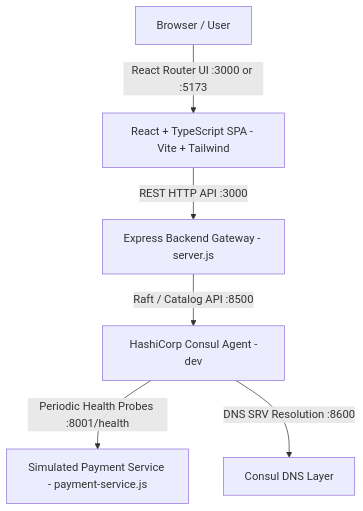
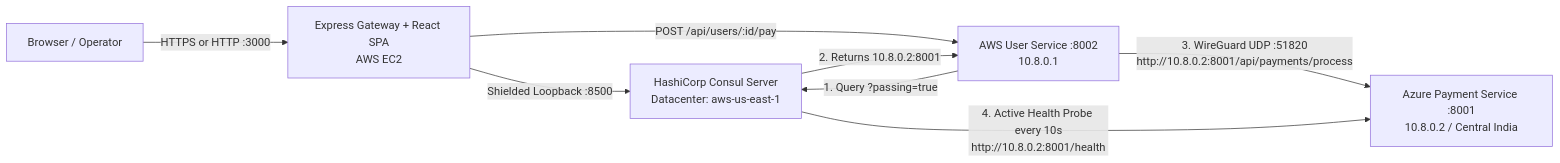
One commit to Ketaki2006/cross-cloud-service-discovery changed the diagram in README.md. Above: the diagram before and after it, drawn with Mermaid. The commit also changed other lines of this file and 31 other files, not shown here.

Commit message:
Complete AWS-Azure cross-cloud service discovery dashboard, gateway, tests, deploy scripts, and demo guide

````diff
--- a/README.md
+++ b/README.md
@@ -13,8 +14,10 @@
 ```mermaid
-graph TD
-    Client[Browser / User] -->|React Router UI :3000 or :5173| Frontend[React + TypeScript SPA - Vite + Tailwind]
-    Frontend -->|REST HTTP API :3000| Backend[Express Backend Gateway - server.js]
-    Backend -->|Raft / Catalog API :8500| Consul[HashiCorp Consul Agent -dev]
-    Consul -->|Periodic Health Probes :8001/health| PaymentSvc[Simulated Payment Service - payment-service.js]
-    Consul -->|DNS SRV Resolution :8600| DNSClient[Consul DNS Layer]
+flowchart LR
+    User[Browser / Operator] -->|HTTPS or HTTP :3000| Gateway[Express Gateway + React SPA<br/>AWS EC2]
+    Gateway -->|Shielded Loopback :8500| Consul[HashiCorp Consul Server<br/>Datacenter: aws-us-east-1]
+    Gateway -->|POST /api/users/:id/pay| UserSvc[AWS User Service :8002<br/>10.8.0.1]
+    UserSvc -->|1. Query ?passing=true| Consul
+    Consul -->|2. Returns 10.8.0.2:8001| UserSvc
+    UserSvc -->|3. WireGuard UDP :51820<br/>http://10.8.0.2:8001/api/payments/process| PaySvc[Azure Payment Service :8001<br/>10.8.0.2 / Central India]
+    Consul -->|4. Active Health Probe every 10s<br/>http://10.8.0.2:8001/health| PaySvc
 ```
````
